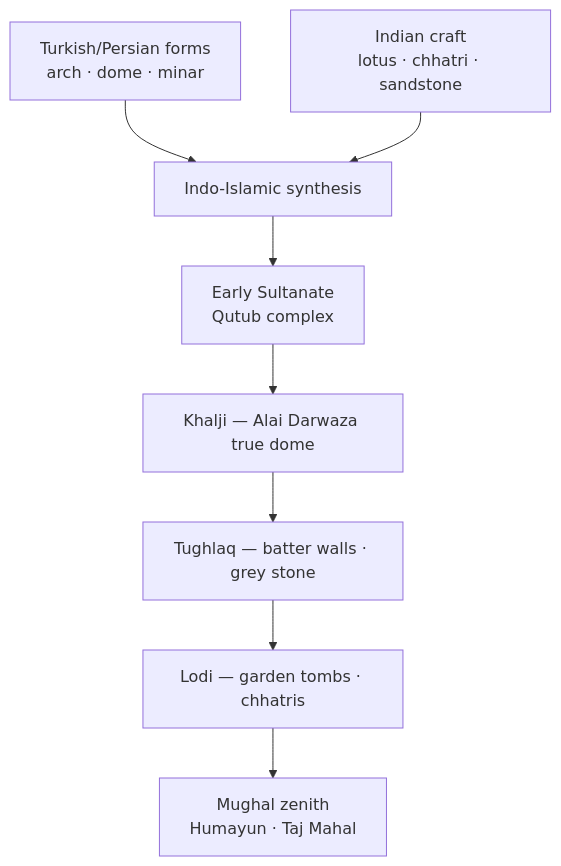
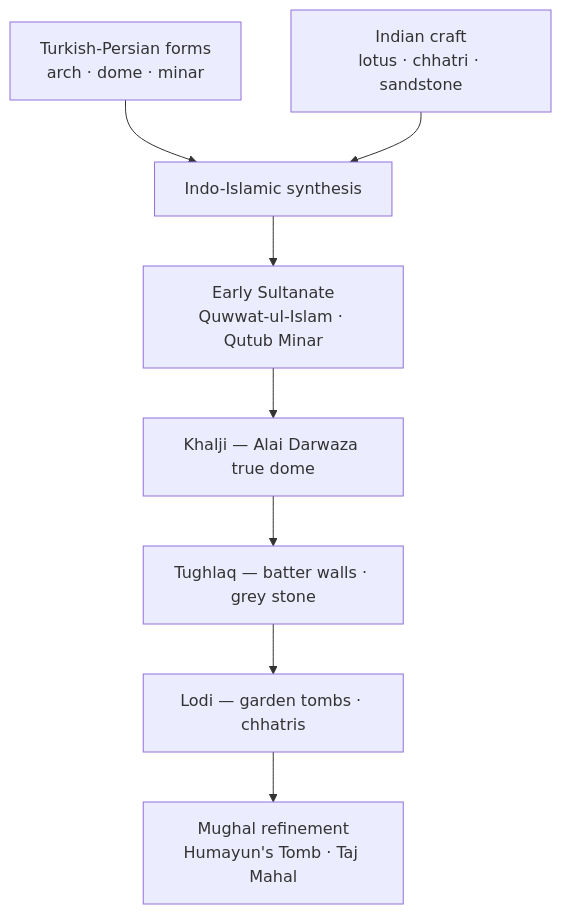
Before and after one commit to nitishpratap/UP-PCS: the diagram in mains-pyqs/GS-1/01_Art_Culture/17_Indo_Islamic_Delhi_Sultanate_Architecture.md, drawn with Mermaid. The commit also changed other lines of this file and 97 other files, not shown here.

````diff
--- a/mains-pyqs/GS-1/01_Art_Culture/17_Indo_Islamic_Delhi_Sultanate_Architecture.md
+++ b/mains-pyqs/GS-1/01_Art_Culture/17_Indo_Islamic_Delhi_Sultanate_Architecture.md
@@ -84,10 +78,10 @@
 ```mermaid
 flowchart TD
-  T[Turkish/Persian forms<br/>arch · dome · minar] --> S[Indo-Islamic synthesis]
+  T[Turkish-Persian forms<br/>arch · dome · minar] --> S[Indo-Islamic synthesis]
   I[Indian craft<br/>lotus · chhatri · sandstone] --> S
-  S --> E[Early Sultanate<br/>Qutub complex]
+  S --> E[Early Sultanate<br/>Quwwat-ul-Islam · Qutub Minar]
   E --> K[Khalji — Alai Darwaza true dome]
   K --> TU[Tughlaq — batter walls · grey stone]
   TU --> L[Lodi — garden tombs · chhatris]
-  L --> M[Mughal zenith<br/>Humayun · Taj Mahal]
+  L --> M[Mughal refinement<br/>Humayun's Tomb · Taj Mahal]
 ```
````
